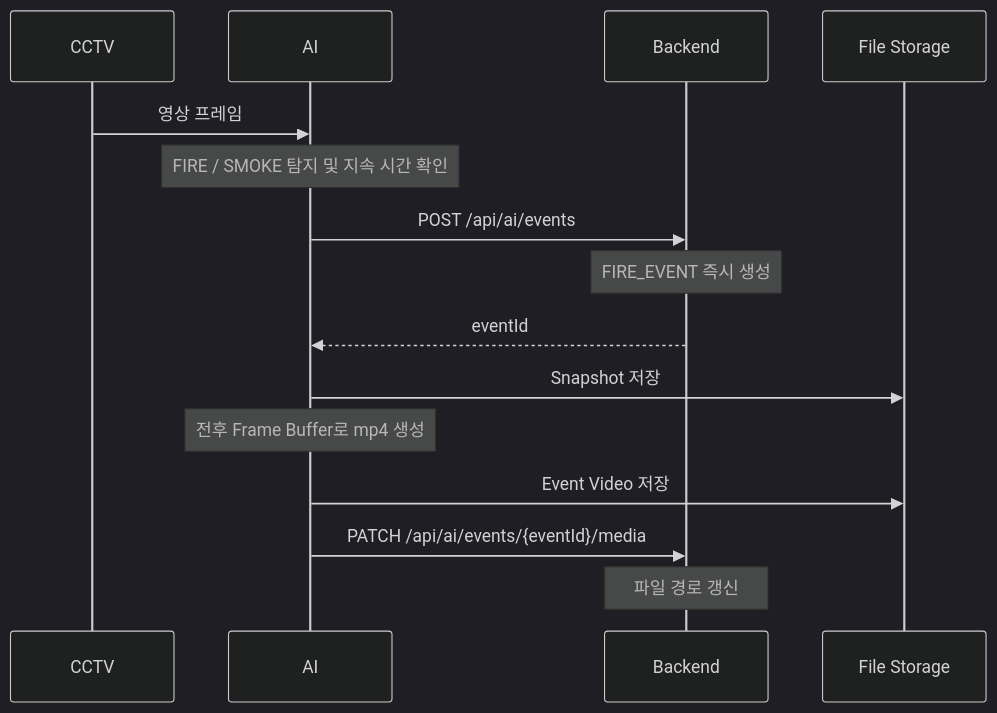
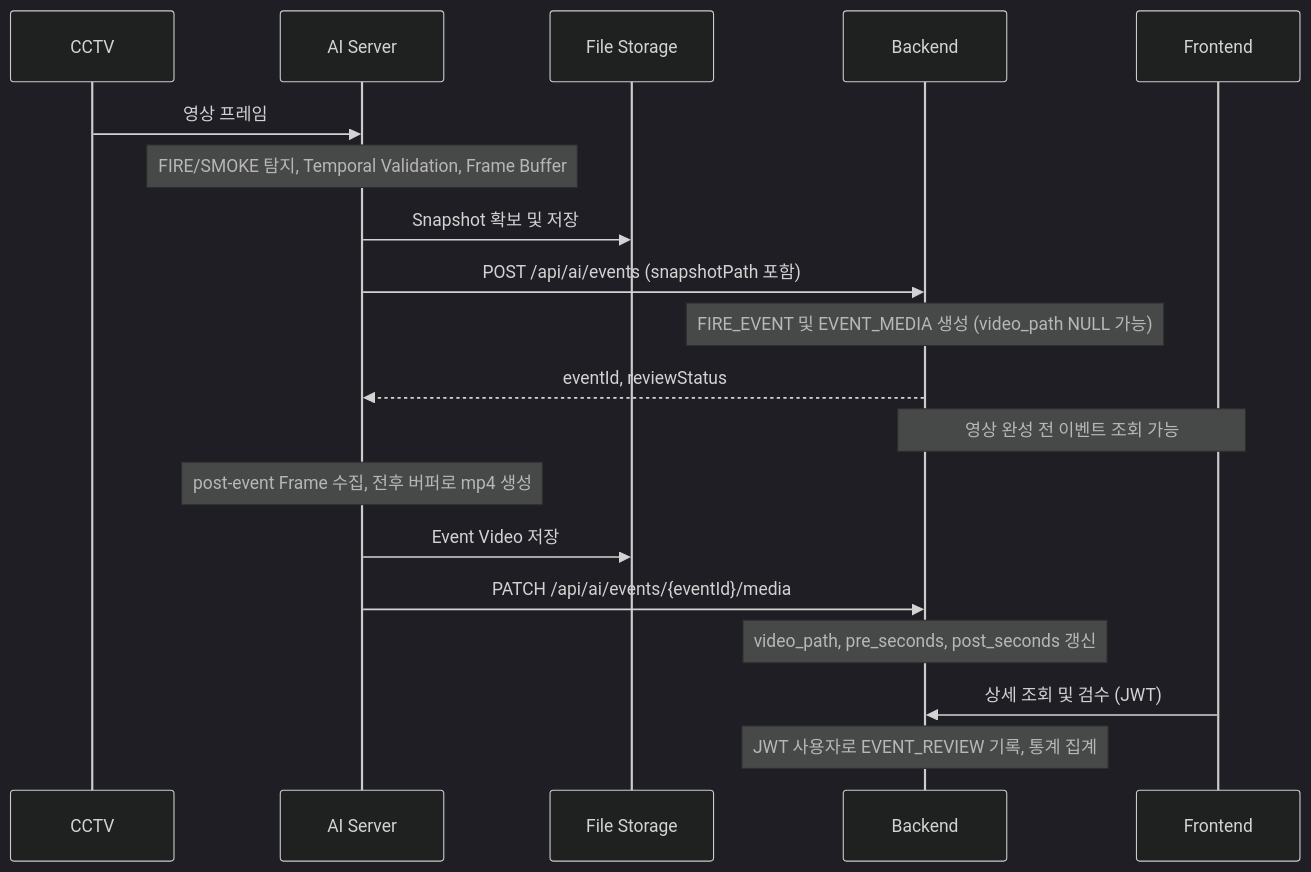
Before and after one commit to GAMZADORII/FIRIS: the diagram in docs/ARCHITECTURE.md, drawn with Mermaid (dark theme). The commit also changed other lines of this file and 9 other files, not shown here.

````diff
--- a/docs/ARCHITECTURE.md
+++ b/docs/ARCHITECTURE.md
@@ -28,17 +37,21 @@
 ```mermaid
 sequenceDiagram
     participant C as CCTV
-    participant A as AI
+    participant A as AI Server
+    participant S as File Storage
     participant B as Backend
-    participant S as File Storage
+    participant F as Frontend
     C->>A: 영상 프레임
-    Note over A: FIRE / SMOKE 탐지 및 지속 시간 확인
-    A->>B: POST /api/ai/events
-    Note over B: FIRE_EVENT 즉시 생성
-    B-->>A: eventId
-    A->>S: Snapshot 저장
-    Note over A: 전후 Frame Buffer로 mp4 생성
+    Note over A: FIRE/SMOKE 탐지, Temporal Validation, Frame Buffer
+    A->>S: Snapshot 확보 및 저장
+    A->>B: POST /api/ai/events (snapshotPath 포함)
+    Note over B: FIRE_EVENT 및 EVENT_MEDIA 생성 (video_path NULL 가능)
+    B-->>A: eventId, reviewStatus
+    Note over F,B: 영상 완성 전 이벤트 조회 가능
+    Note over A: post-event Frame 수집, 전후 버퍼로 mp4 생성
     A->>S: Event Video 저장
     A->>B: PATCH /api/ai/events/{eventId}/media
-    Note over B: 파일 경로 갱신
+    Note over B: video_path, pre_seconds, post_seconds 갱신
+    F->>B: 상세 조회 및 검수 (JWT)
+    Note over B: JWT 사용자로 EVENT_REVIEW 기록, 통계 집계
 ```
````
